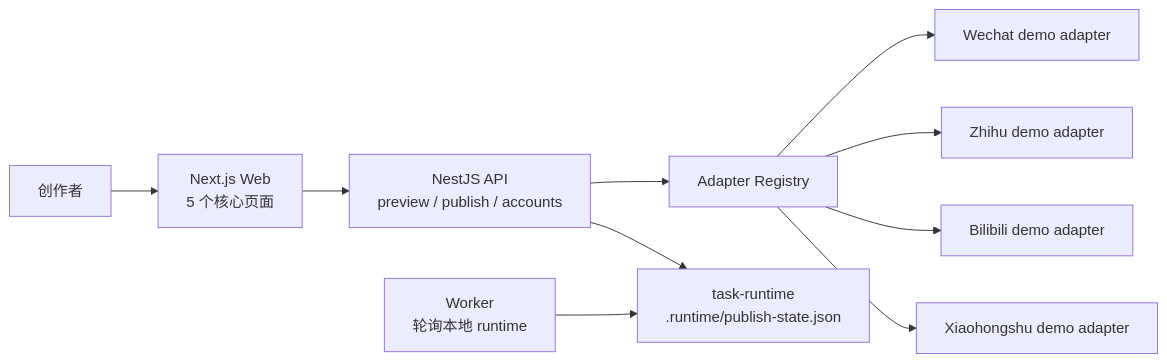
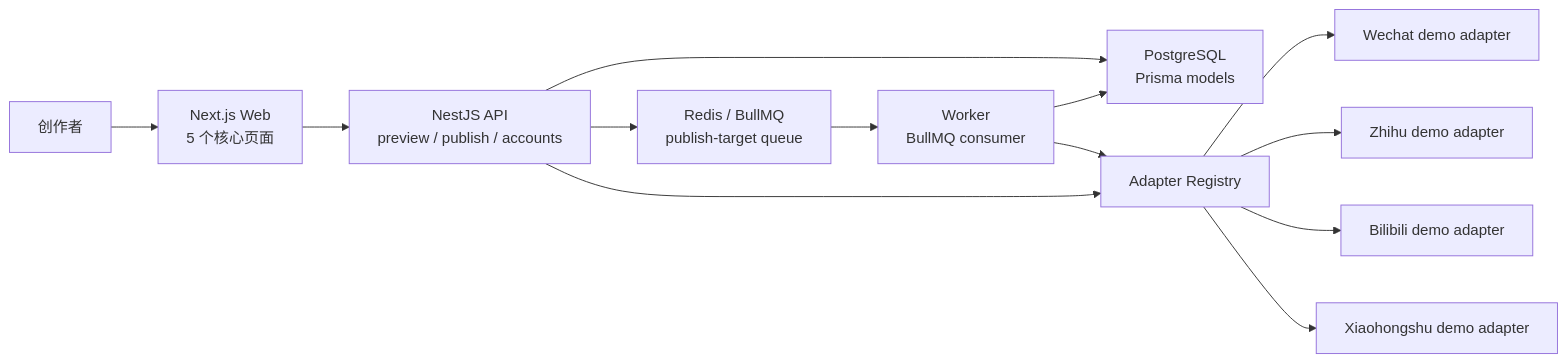
Before and after one commit to qi030913-lab/MP-Publishing: the second of 2 diagrams in docs/architecture.md, drawn with Mermaid. The commit also changed other lines of this file and 13 other files, not shown here.

Commit message:
feat(runtime): 接入 Prisma 持久化与 BullMQ 发布队列

````diff
--- a/docs/architecture.md
+++ b/docs/architecture.md
@@ -164,12 +162,15 @@
 ```mermaid
 flowchart LR
     U["创作者"] --> WEB["Next.js Web<br/>5 个核心页面"]
     WEB --> API["NestJS API<br/>preview / publish / accounts"]
+    API --> DB["PostgreSQL<br/>Prisma models"]
+    API --> Q["Redis / BullMQ<br/>publish-target queue"]
     API --> REG["Adapter Registry"]
     REG --> WX["Wechat demo adapter"]
     REG --> ZH["Zhihu demo adapter"]
     REG --> BL["Bilibili demo adapter"]
     REG --> XHS["Xiaohongshu demo adapter"]
-    API --> RT["task-runtime<br/>.runtime/publish-state.json"]
-    WK["Worker<br/>轮询本地 runtime"] --> RT
+    Q --> WK["Worker<br/>BullMQ consumer"]
+    WK --> DB
+    WK --> REG
 ```
````
